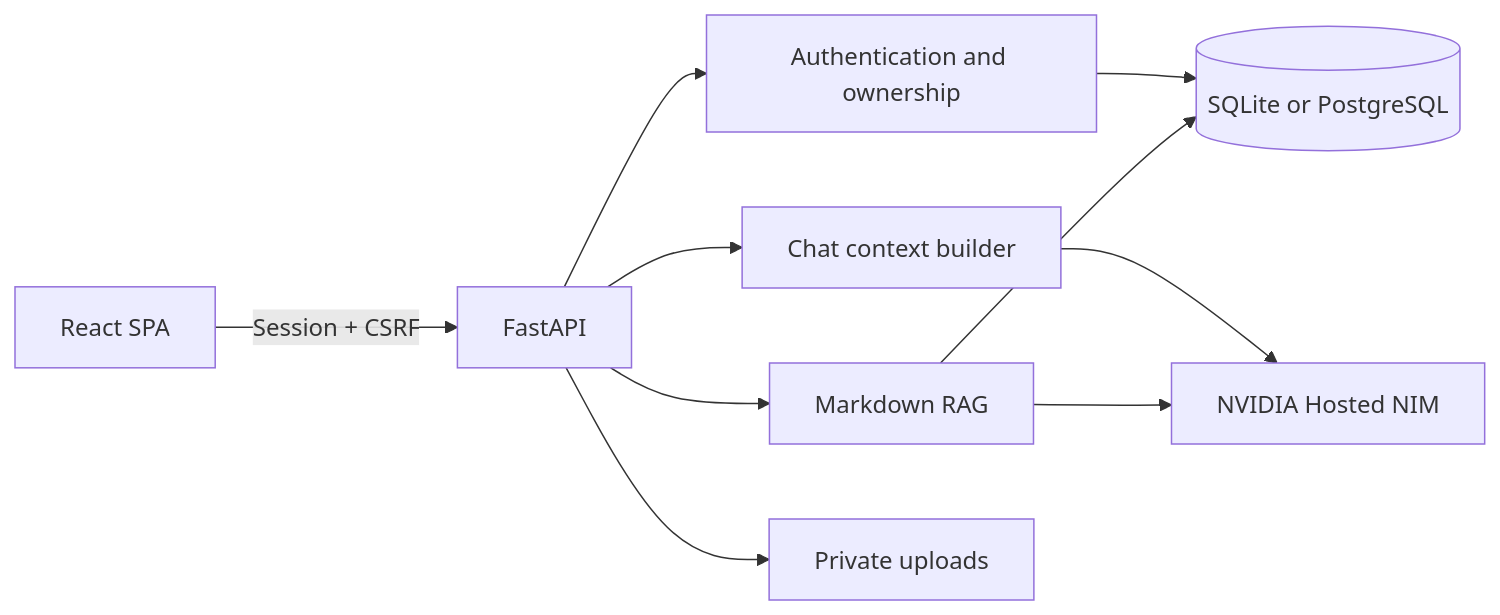
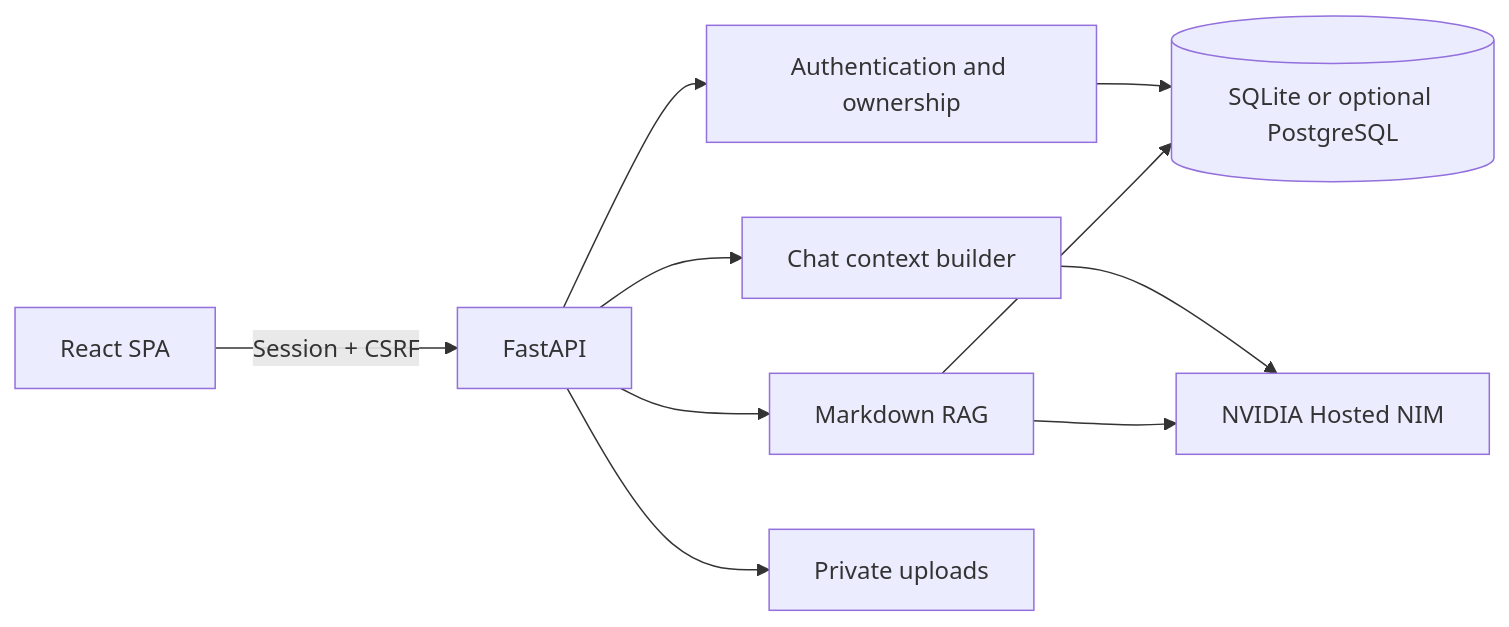
One commit to richie7p/nvidia-nim-rag-platform changed the diagram in README.en.md. Above: the diagram before and after it, drawn with Mermaid. The commit also changed other lines of this file and 1 other file, not shown here.

````diff
--- a/README.en.md
+++ b/README.en.md
@@ -41,12 +41,12 @@
 ```mermaid
 flowchart LR
     Browser["React SPA"] -->|Session + CSRF| API["FastAPI"]
     API --> Auth["Authentication and ownership"]
     API --> Chat["Chat context builder"]
     API --> RAG["Markdown RAG"]
-    Auth --> DB[("SQLite or PostgreSQL")]
+    Auth --> DB[("SQLite or optional PostgreSQL")]
     Chat --> NIM["NVIDIA Hosted NIM"]
     RAG --> NIM
     RAG --> DB
     API --> Files["Private uploads"]
 ```
````
